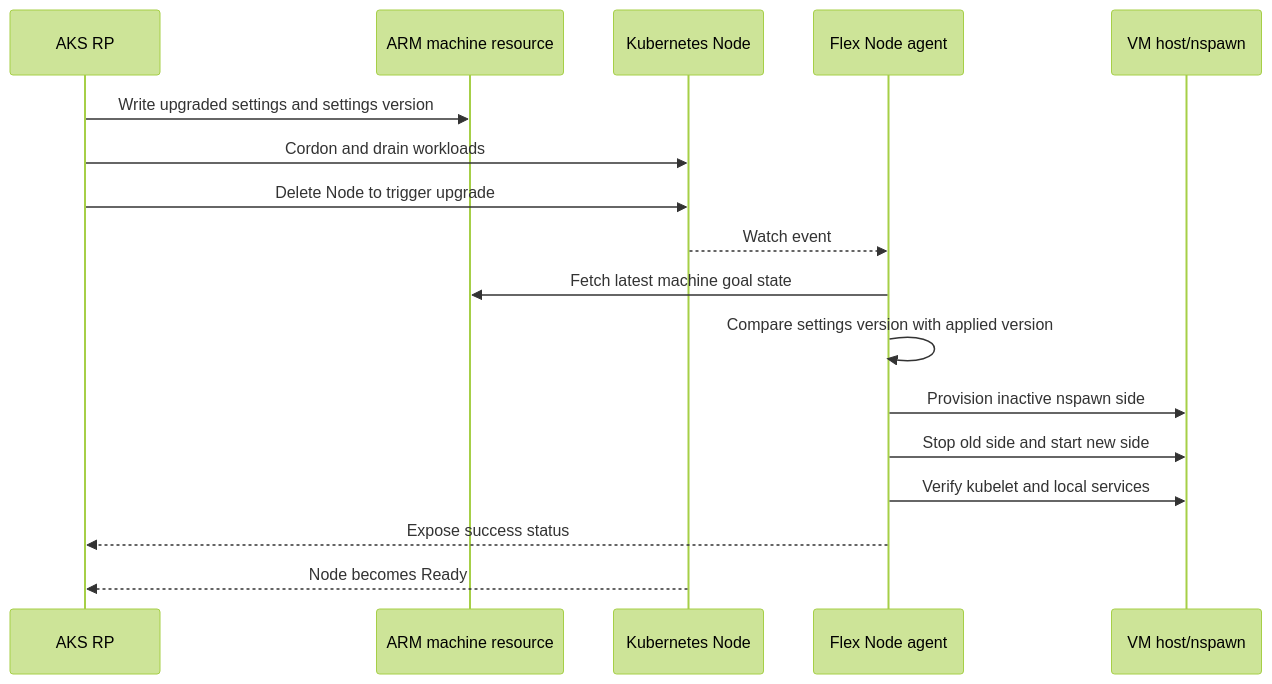
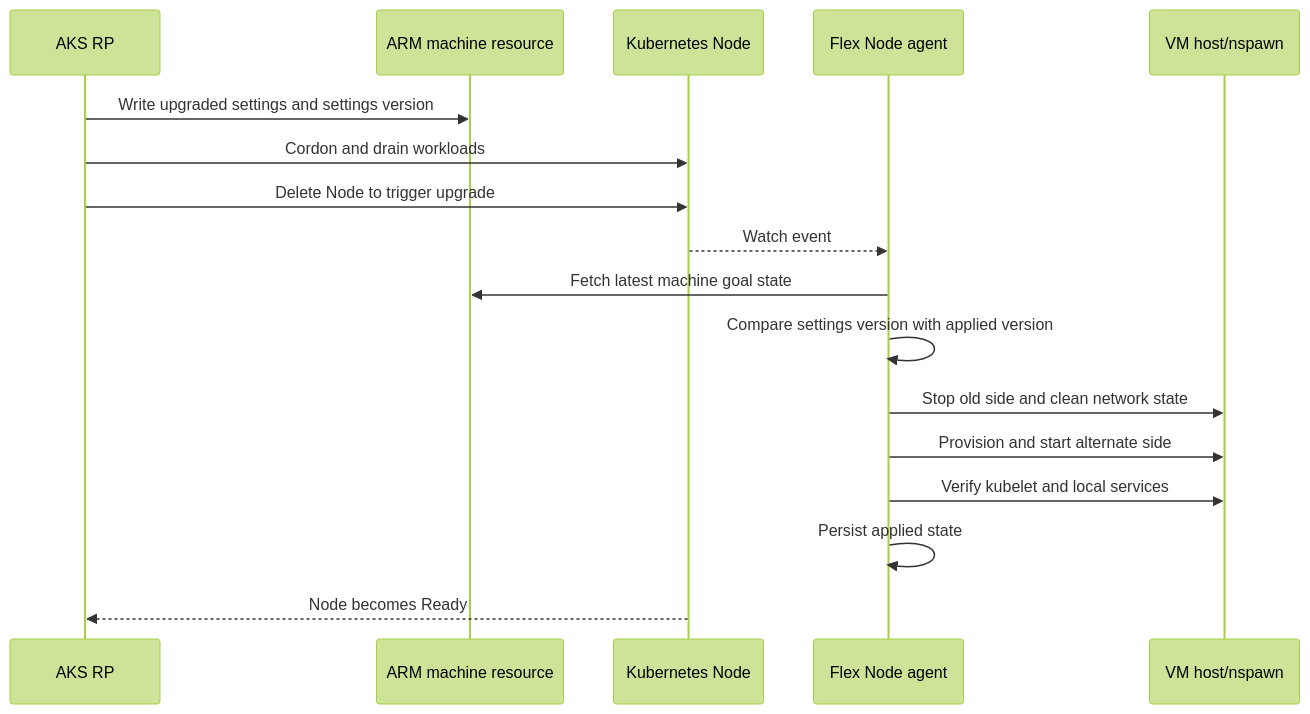
One commit to Azure/AKSFlexNode changed the third of 6 diagrams in docs/design/agent-and-aks.md. Above: the diagram before and after it, drawn with Mermaid (forest theme). The commit also changed other lines of this file and 5 other files, not shown here.

````diff
--- a/docs/design/agent-and-aks.md
+++ b/docs/design/agent-and-aks.md
@@ -207,20 +222,20 @@
 ```mermaid
 sequenceDiagram
     participant RP as AKS RP
     participant ARM as ARM machine resource
     participant Node as Kubernetes Node
     participant Agent as Flex Node agent
     participant Host as VM host/nspawn
 
     RP->>ARM: Write upgraded settings and settings version
     RP->>Node: Cordon and drain workloads
     RP->>Node: Delete Node to trigger upgrade
     Node-->>Agent: Watch event
     Agent->>ARM: Fetch latest machine goal state
     Agent->>Agent: Compare settings version with applied version
-    Agent->>Host: Provision inactive nspawn side
-    Agent->>Host: Stop old side and start new side
+    Agent->>Host: Stop old side and clean network state
+    Agent->>Host: Provision and start alternate side
     Agent->>Host: Verify kubelet and local services
-    Agent-->>RP: Expose success status
+    Agent->>Agent: Persist applied state
     Node-->>RP: Node becomes Ready
 ```
````
